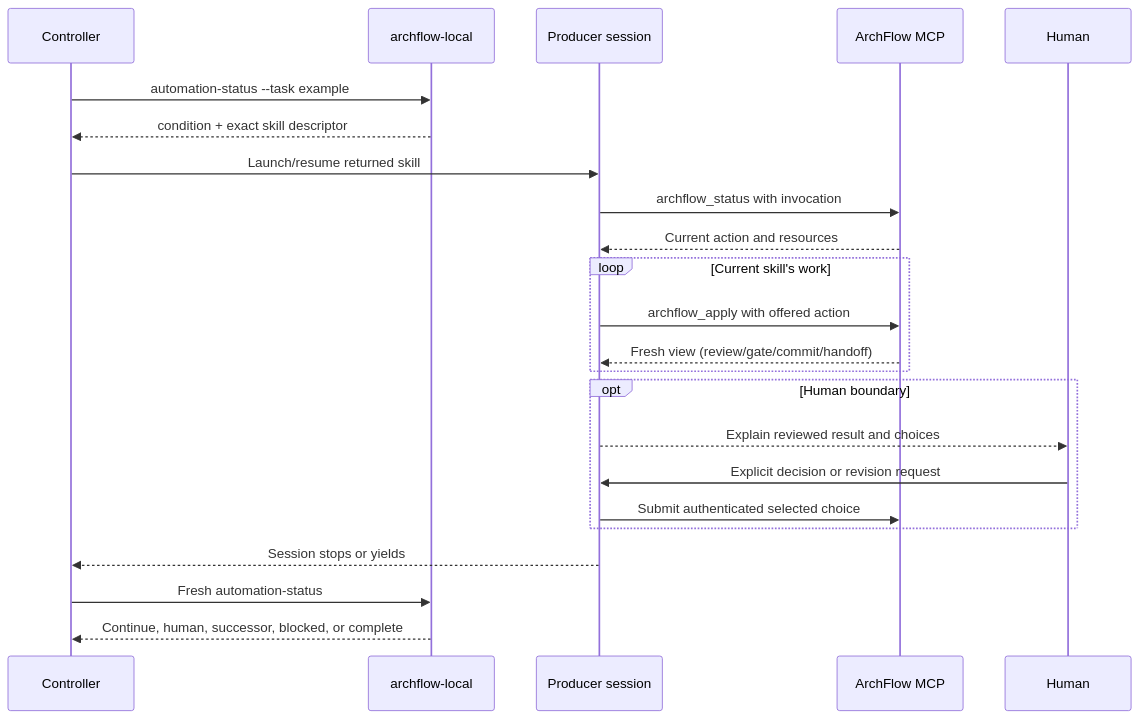
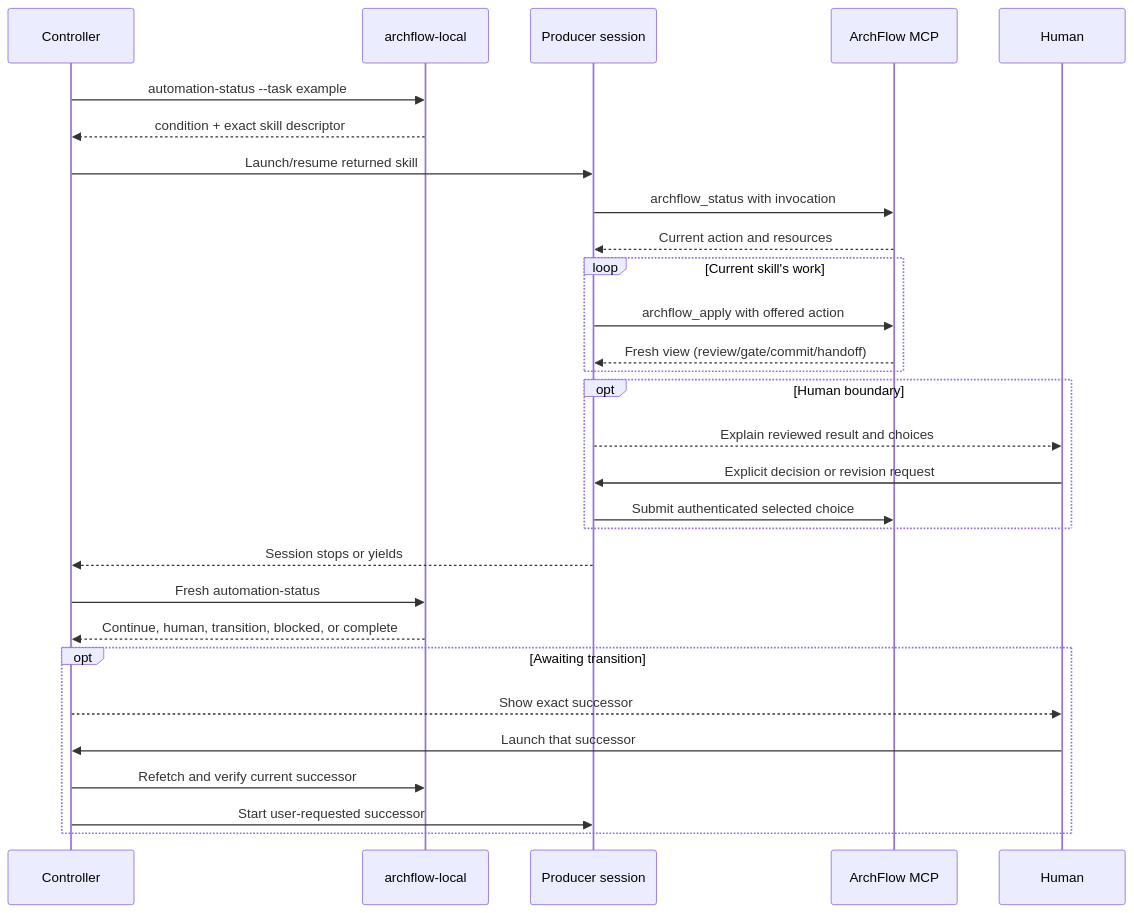
One commit to Aroton/ArchflowV2 changed the diagram in docs/INTEGRATION.md. Above: the diagram before and after it, drawn with Mermaid. The commit also changed other lines of this file and 16 other files, not shown here.

````diff
--- a/docs/INTEGRATION.md
+++ b/docs/INTEGRATION.md
@@ -18,25 +18,31 @@
 ```mermaid
 sequenceDiagram
     participant App as Controller
     participant CLI as archflow-local
     participant Agent as Producer session
     participant MCP as ArchFlow MCP
     participant Human
     App->>CLI: automation-status --task example
     CLI-->>App: condition + exact skill descriptor
     App->>Agent: Launch/resume returned skill
     Agent->>MCP: archflow_status with invocation
     MCP-->>Agent: Current action and resources
     loop Current skill's work
         Agent->>MCP: archflow_apply with offered action
         MCP-->>Agent: Fresh view (review/gate/commit/handoff)
     end
     opt Human boundary
         Agent-->>Human: Explain reviewed result and choices
         Human->>Agent: Explicit decision or revision request
         Agent->>MCP: Submit authenticated selected choice
     end
     Agent-->>App: Session stops or yields
     App->>CLI: Fresh automation-status
-    CLI-->>App: Continue, human, successor, blocked, or complete
+    CLI-->>App: Continue, human, transition, blocked, or complete
+    opt Awaiting transition
+        App-->>Human: Show exact successor
+        Human->>App: Launch that successor
+        App->>CLI: Refetch and verify current successor
+        App->>Agent: Start user-requested successor
+    end
 ```
````
